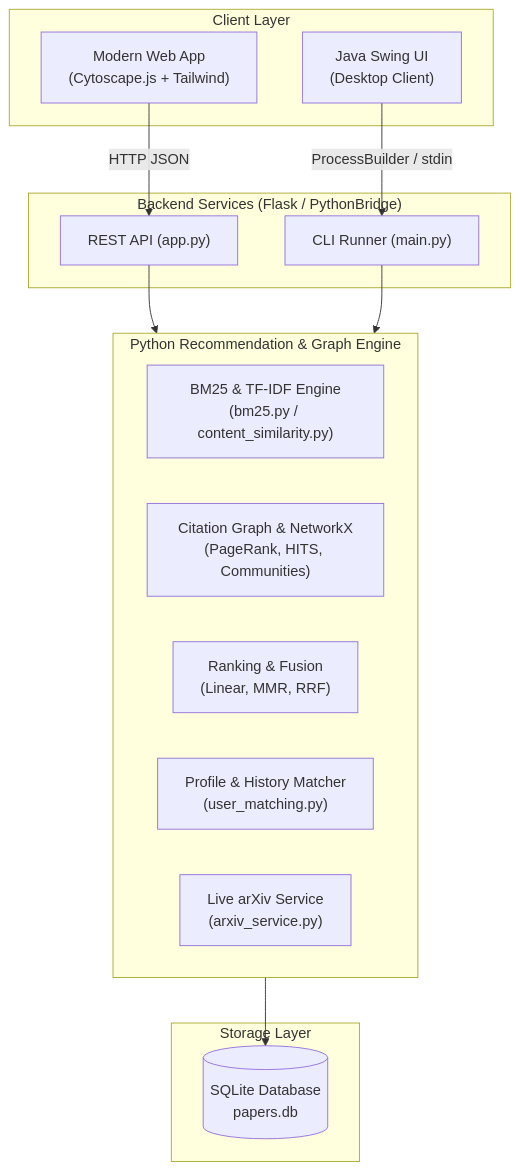
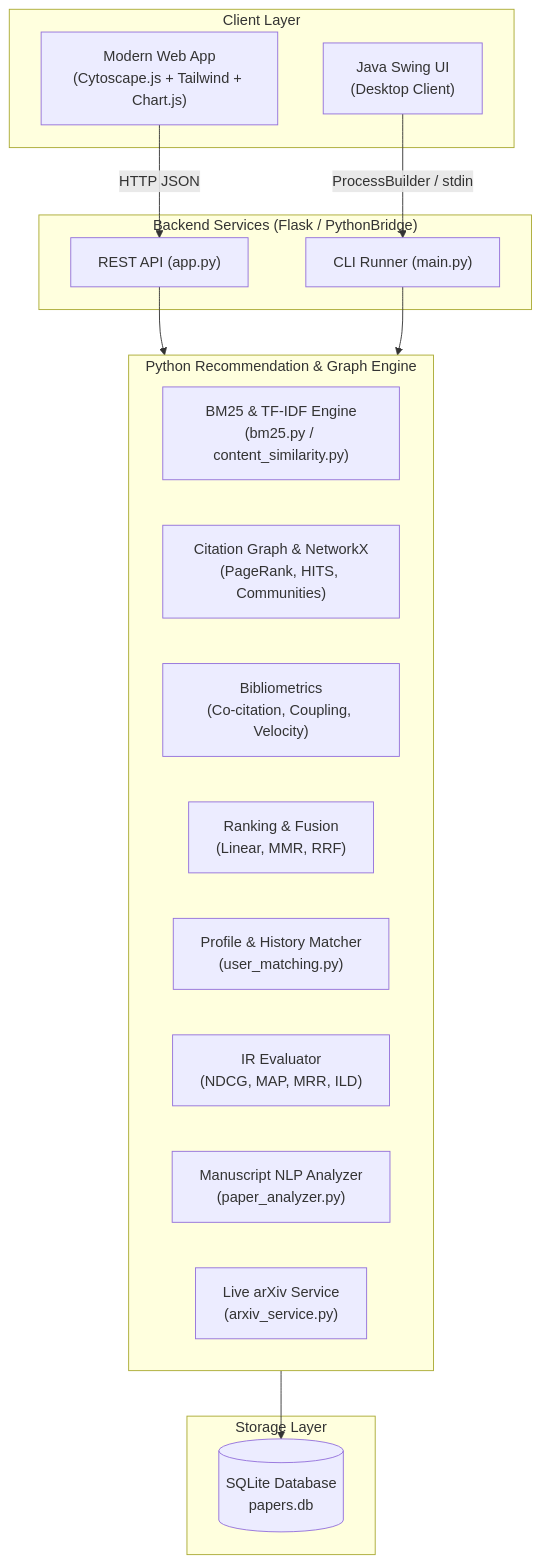
The diagram in README.md (karanamabhinaysai-gif/A7_DSA3_G5_PROJ), drawn with Mermaid before and after one commit. The commit also changed other lines of this file and 9 other files, not shown here.

Commit message:
feat: add empirical benchmark arena, manuscript analyzer, bibliometrics, viva guide, and 51 tests

````diff
--- a/README.md
+++ b/README.md
@@ -59,30 +79,33 @@
 ```mermaid
 flowchart TD
     subgraph UI ["Client Layer"]
-        WEB["Modern Web App\n(Cytoscape.js + Tailwind)"]
+        WEB["Modern Web App\n(Cytoscape.js + Tailwind + Chart.js)"]
         SWING["Java Swing UI\n(Desktop Client)"]
     end
 
     subgraph BACKEND ["Backend Services (Flask / PythonBridge)"]
         API["REST API (app.py)"]
         CLI["CLI Runner (main.py)"]
     end
 
     subgraph ENGINE ["Python Recommendation & Graph Engine"]
         BM25["BM25 & TF-IDF Engine\n(bm25.py / content_similarity.py)"]
         GRAPH["Citation Graph & NetworkX\n(PageRank, HITS, Communities)"]
+        BIBLIO["Bibliometrics\n(Co-citation, Coupling, Velocity)"]
         RANK["Ranking & Fusion\n(Linear, MMR, RRF)"]
         USER["Profile & History Matcher\n(user_matching.py)"]
+        EVAL["IR Evaluator\n(NDCG, MAP, MRR, ILD)"]
+        ANALYZER["Manuscript NLP Analyzer\n(paper_analyzer.py)"]
         ARXIV["Live arXiv Service\n(arxiv_service.py)"]
     end
 
     subgraph STORAGE ["Storage Layer"]
         DB[("SQLite Database\npapers.db")]
     end
 
     WEB -->|HTTP JSON| API
     SWING -->|ProcessBuilder / stdin| CLI
     API --> ENGINE
     CLI --> ENGINE
     ENGINE --> DB
 ```
````
